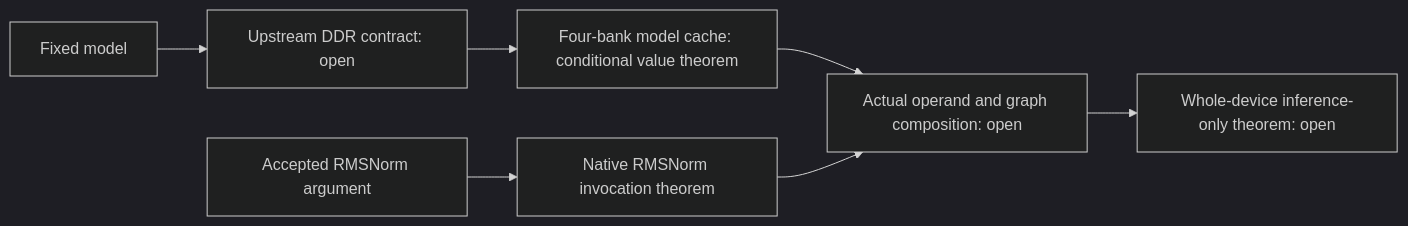
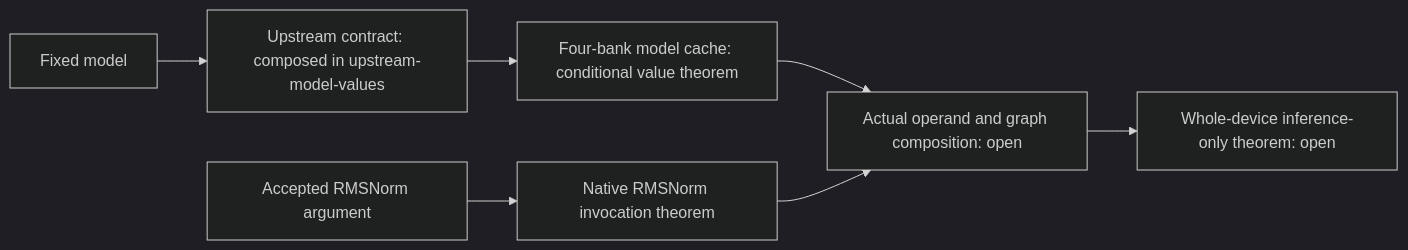
The diagram in demos/simplestories-v2-5m/formal/native-component-values/README.md (Berkeley-AI-Risk/inference-only), drawn with Mermaid (dark theme) before and after one commit. The commit also changed other lines of this file and 94 other files, not shown here.

First line of the commit message:
Prove baseline model-read values through the custom DDR path

````diff
--- a/demos/simplestories-v2-5m/formal/native-component-values/README.md
+++ b/demos/simplestories-v2-5m/formal/native-component-values/README.md
@@ -36,9 +42,9 @@
 ```mermaid
 flowchart LR
-  M[Fixed model] --> U[Upstream DDR contract: open]
+  M[Fixed model] --> U[Upstream contract: composed in upstream-model-values]
   U --> C[Four-bank model cache: conditional value theorem]
   C --> G[Actual operand and graph composition: open]
   A[Accepted RMSNorm argument] --> R[Native RMSNorm invocation theorem]
   R --> G
   G --> T[Whole-device inference-only theorem: open]
 ```
````
